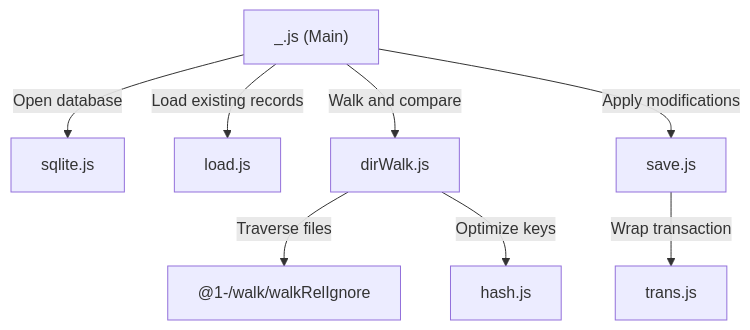
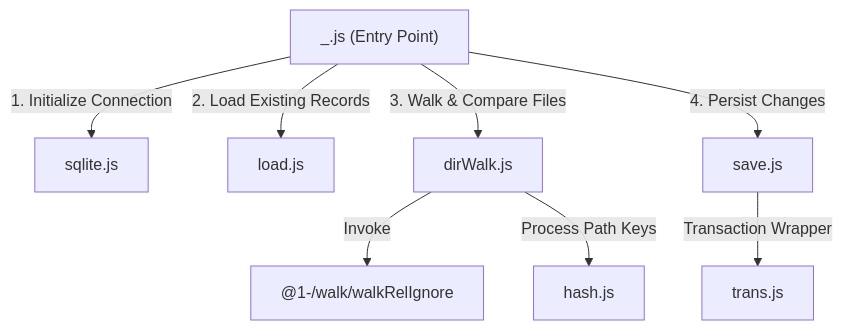
One commit to webc-site/npm changed the diagram in scan/readme/en/README.md. Above: the diagram before and after it, drawn with Mermaid. The commit also changed other lines of this file and 4 other files, not shown here.

````diff
--- a/scan/readme/en/README.md
+++ b/scan/readme/en/README.md
@@ -31,10 +51,10 @@
 ```mermaid
 graph TD
-    Entry["_.js (Main)"] -->|Open database| Sqlite[sqlite.js]
-    Entry -->|Load existing records| Load[load.js]
-    Entry -->|Walk and compare| DirWalk[dirWalk.js]
-    DirWalk -->|Traverse files| Walk["@1-/walk/walkRelIgnore"]
-    DirWalk -->|Optimize keys| Hash[hash.js]
-    Entry -->|Apply modifications| Save[save.js]
-    Save -->|Wrap transaction| Trans[trans.js]
+    Entry["_.js (Entry Point)"] -->|1. Initialize Connection| Sqlite[sqlite.js]
+    Entry -->|2. Load Existing Records| Load[load.js]
+    Entry -->|3. Walk & Compare Files| DirWalk[dirWalk.js]
+    DirWalk -->|Invoke| Walk["@1-/walk/walkRelIgnore"]
+    DirWalk -->|Process Path Keys| Hash[hash.js]
+    Entry -->|4. Persist Changes| Save[save.js]
+    Save -->|Transaction Wrapper| Trans[trans.js]
 ```
````
